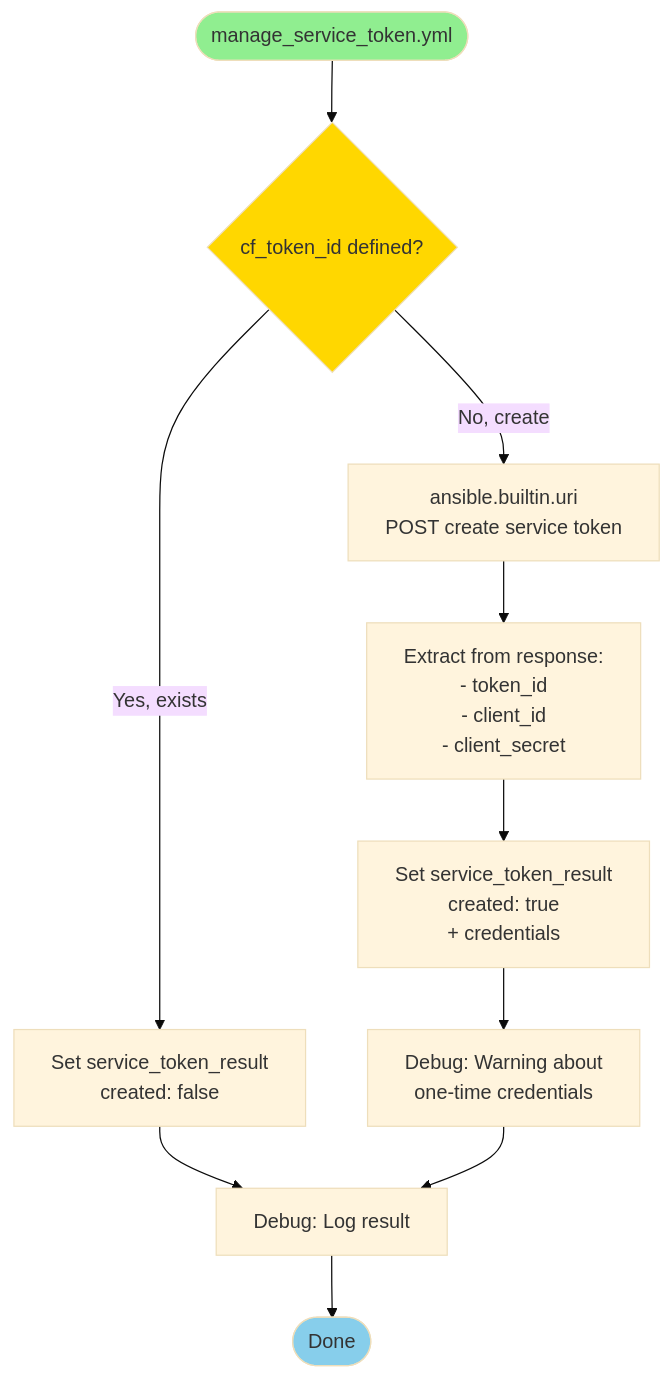
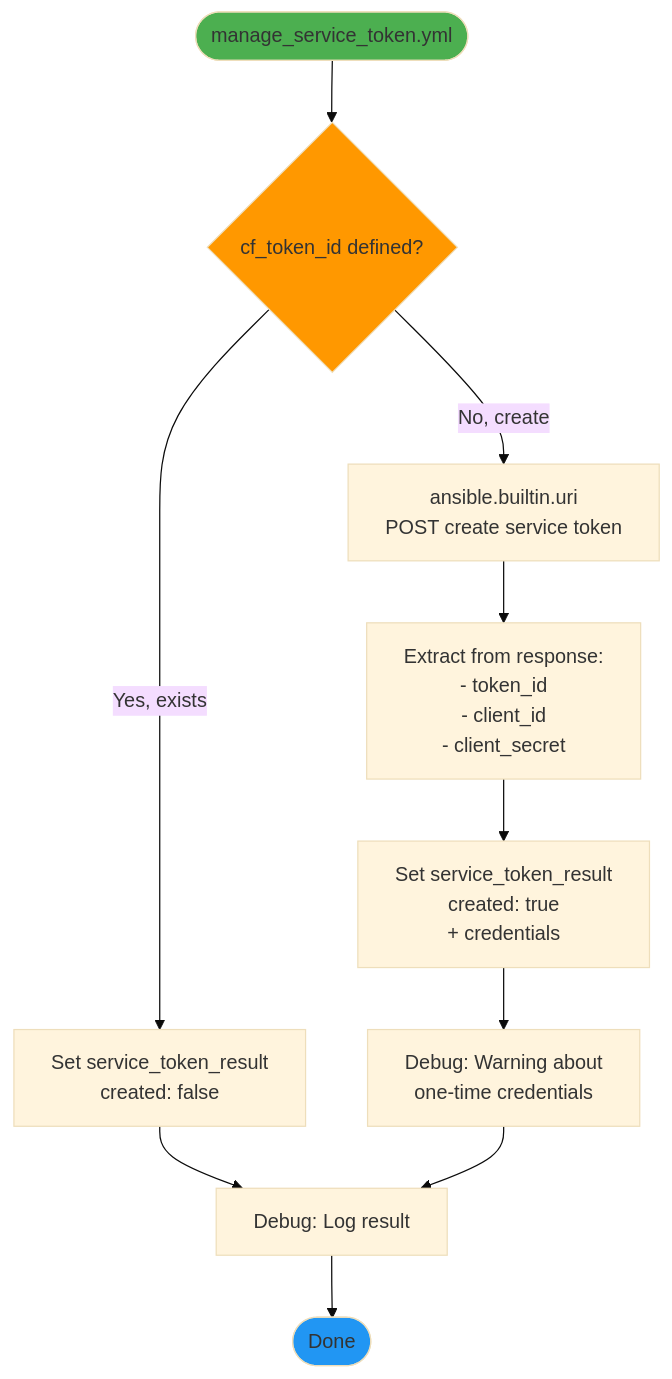
Before and after one commit to wheetazlab/cloudflare-zero-trust-operator: diagram 16 of 20 in docs/flow.md, drawn with Mermaid (base theme). The commit also changed other lines of this file and 1 other file, not shown here.

First line of the commit message:
fix: Replace light colors in mermaid diagrams with darker, more readable colors

````diff
--- a/docs/flow.md
+++ b/docs/flow.md
@@ -1036,22 +1036,22 @@
 ```mermaid
 flowchart TD
     START([manage_service_token.yml]) --> CHECK{cf_token_id defined?}
     
     CHECK -->|No, create| POST[ansible.builtin.uri<br/>POST create service token]
     CHECK -->|Yes, exists| SET_EXIST[Set service_token_result<br/>created: false]
     
     POST --> EXTRACT[Extract from response:<br/>- token_id<br/>- client_id<br/>- client_secret]
     
     EXTRACT --> SET_CREATE[Set service_token_result<br/>created: true<br/>+ credentials]
     
     SET_CREATE --> WARN[Debug: Warning about<br/>one-time credentials]
     SET_EXIST --> LOG
     
     WARN --> LOG[Debug: Log result]
     
     LOG --> END([Done])
     
-    style START fill:#90EE90
-    style CHECK fill:#FFD700
-    style END fill:#87CEEB
+    style START fill:#4CAF50
+    style CHECK fill:#FF9800
+    style END fill:#2196F3
 ```
````
